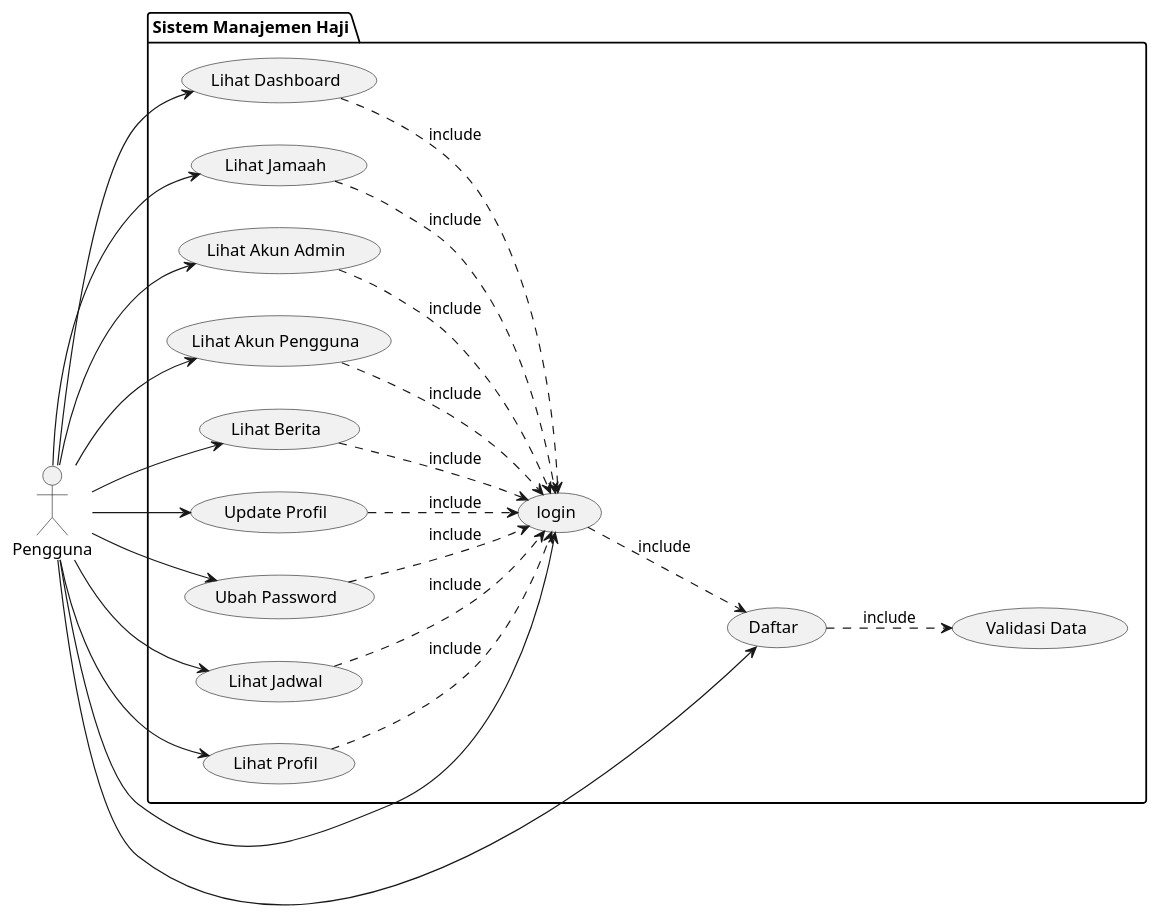
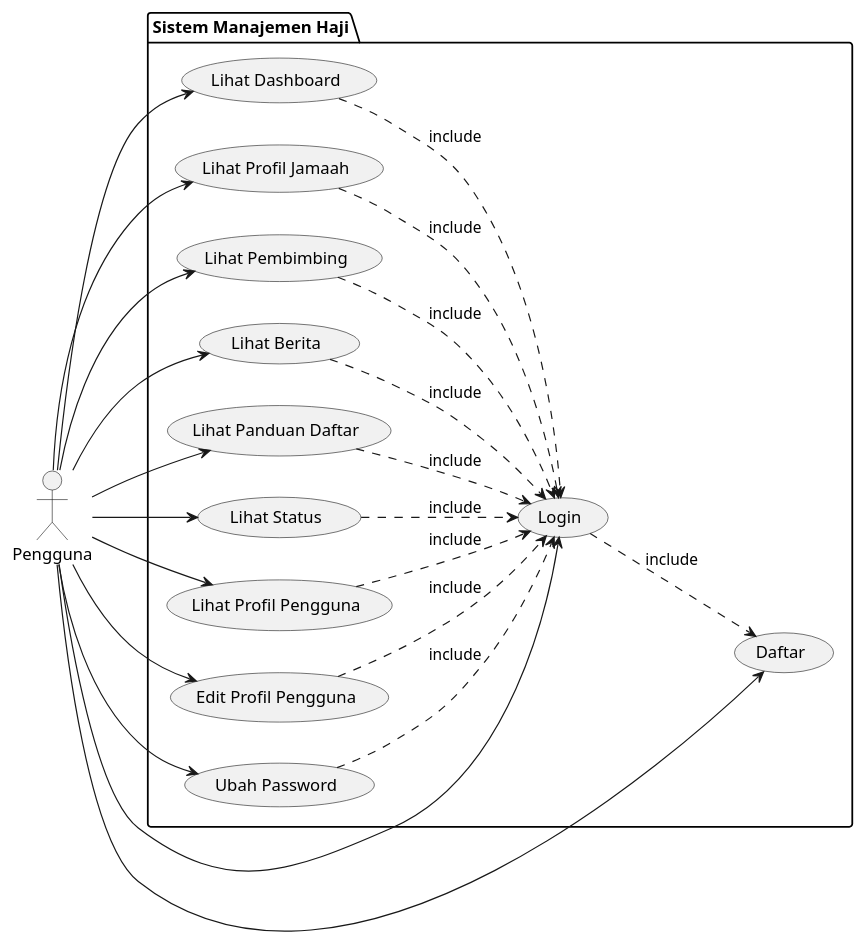
The diagram in komponen/use_case_diagram_pengguna.puml (fauzirahayu/uzicom), drawn with PlantUML before and after one commit. The commit also changed 19 other files, not shown here.

```diff
--- a/komponen/use_case_diagram_pengguna.puml
+++ b/komponen/use_case_diagram_pengguna.puml
@@ -1,56 +1,56 @@
 @startuml
 left to right direction
 
 actor "Pengguna" as Pengguna
 
 package "Sistem Manajemen Haji" {
     ' Authentication
-    usecase "login" as UC1
+    usecase "Login" as UC1
     usecase "Daftar" as UC2
 
     ' Dashboard
     usecase "Lihat Dashboard" as UC3
 
-    ' View Only
-    usecase "Lihat Jamaah" as UC8
-    usecase "Lihat Akun Admin" as UC18
-    usecase "Lihat Akun Pengguna" as UC23
-    usecase "Lihat Berita" as UC28
+    ' View Jamaah Data
+    usecase "Lihat Profil Jamaah" as UC8
+
+    ' View Other Data
+    usecase "Lihat Pembimbing" as UC24
+    usecase "Lihat Berita" as UC25
+    usecase "Lihat Panduan Daftar" as UC26
+    usecase "Lihat Status" as UC27
 
     ' Profile Management
-    usecase "Update Profil" as UC30
-    usecase "Ubah Password" as UC31
-    usecase "Lihat Jadwal" as UC32
-    usecase "Lihat Profil" as UC33
-    usecase "Validasi Data" as UC34
+    usecase "Lihat Profil Pengguna" as UC28
+    usecase "Edit Profil Pengguna" as UC29
+    usecase "Ubah Password" as UC30
 
     ' Includes
     UC3 ..> UC1 : include
     UC8 ..> UC1 : include
-    UC18 ..> UC1 : include
-    UC23 ..> UC1 : include
+    UC24 ..> UC1 : include
+    UC25 ..> UC1 : include
+    UC26 ..> UC1 : include
+    UC27 ..> UC1 : include
     UC28 ..> UC1 : include
+    UC29 ..> UC1 : include
     UC30 ..> UC1 : include
-    UC31 ..> UC1 : include
-    UC32 ..> UC1 : include
-    UC33 ..> UC1 : include
     UC1 ..> UC2 : include
-    UC2 ..> UC34 : include
 }
 
 '
 ' Pengguna relations
 '
 Pengguna --> UC1
 Pengguna --> UC2
 Pengguna --> UC3
 Pengguna --> UC8
-Pengguna --> UC18
-Pengguna --> UC23
+Pengguna --> UC24
+Pengguna --> UC25
+Pengguna --> UC26
+Pengguna --> UC27
 Pengguna --> UC28
+Pengguna --> UC29
 Pengguna --> UC30
-Pengguna --> UC31
-Pengguna --> UC32
-Pengguna --> UC33
 
 @enduml
```
